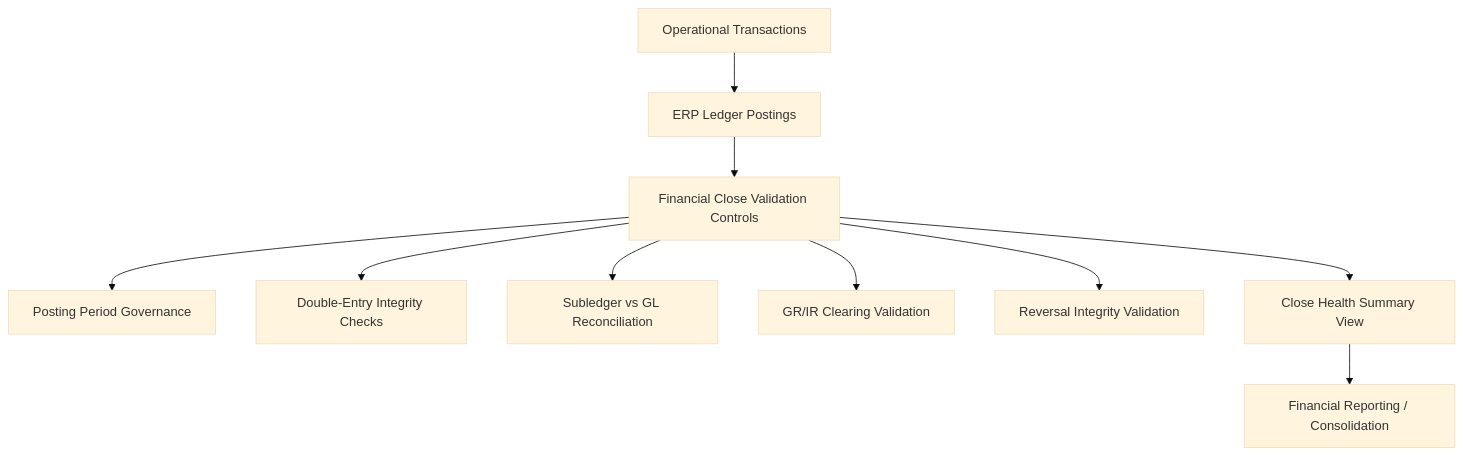
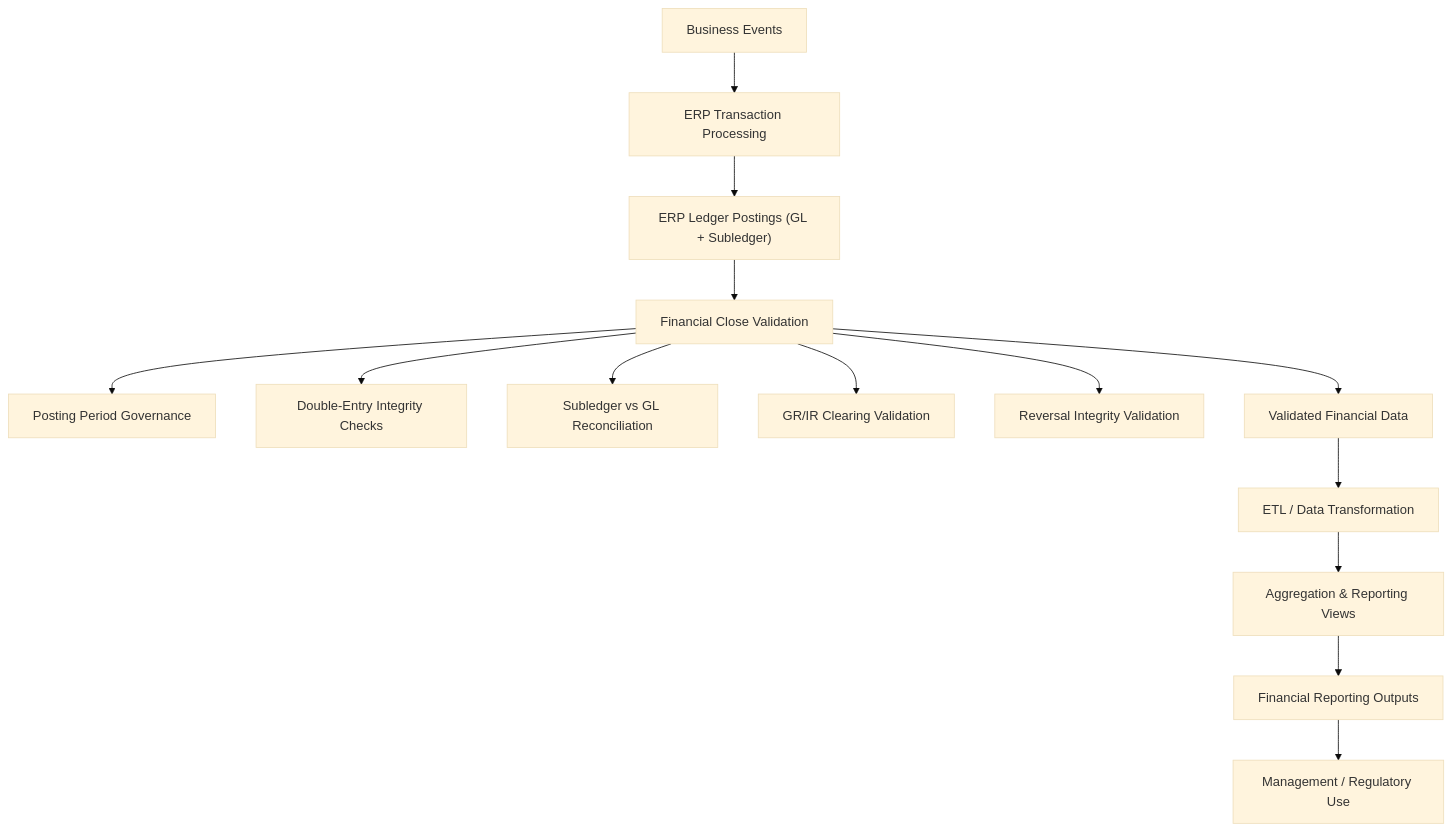
Before and after one commit to fhabili/financial-close-validation-engine: the diagram in README.md, drawn with Mermaid (base theme). The commit also changed other lines of this file, not shown here.

````diff
--- a/README.md
+++ b/README.md
@@ -67,14 +92,21 @@
 ```mermaid
 flowchart TD
-    A["Operational Transactions"] --> B["ERP Ledger Postings"]
-    B --> C["Financial Close Validation Controls"]
+    A["Business Events"] --> B["ERP Transaction Processing"]
+    B --> C["ERP Ledger Postings (GL + Subledger)"]
 
-    C --> C1["Posting Period Governance"]
-    C --> C2["Double-Entry Integrity Checks"]
-    C --> C3["Subledger vs GL Reconciliation"]
-    C --> C4["GR/IR Clearing Validation"]
-    C --> C5["Reversal Integrity Validation"]
+    C --> D["Financial Close Validation"]
 
-    C --> D["Close Health Summary View"]
-    D --> E["Financial Reporting / Consolidation"]
+    D --> D1["Posting Period Governance"]
+    D --> D2["Double-Entry Integrity Checks"]
+    D --> D3["Subledger vs GL Reconciliation"]
+    D --> D4["GR/IR Clearing Validation"]
+    D --> D5["Reversal Integrity Validation"]
+
+    D --> E["Validated Financial Data"]
+
+    E --> F["ETL / Data Transformation"]
+    F --> G["Aggregation & Reporting Views"]
+
+    G --> H["Financial Reporting Outputs"]
+    H --> I["Management / Regulatory Use"]
 ```
````
